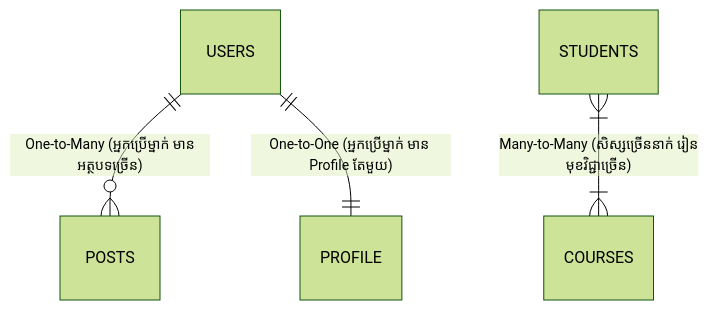
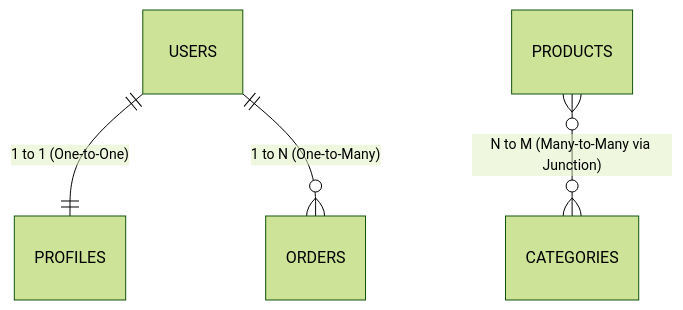
Before and after one commit to Ari-ICU/full-stack-short-coures: the first of 2 diagrams in src/courses/backend/module-3-postgresql/03-relationships.mdx, drawn with Mermaid (forest theme). The commit also changed other lines of this file and 47 other files, not shown here.

Commit message:
refactor: rename backend-architecture directory to backend and update path references across all course modules

````diff
--- a/src/courses/backend/module-3-postgresql/03-relationships.mdx
+++ b/src/courses/backend/module-3-postgresql/03-relationships.mdx
@@ -14,6 +24,6 @@
 ```mermaid
 erDiagram
-    USERS ||--o{ POSTS : "One-to-Many (អ្នកប្រើម្នាក់ មានអត្ថបទច្រើន)"
-    USERS ||--|| PROFILE : "One-to-One (អ្នកប្រើម្នាក់ មាន Profile តែមួយ)"
-    STUDENTS }|--|{ COURSES : "Many-to-Many (សិស្សច្រើននាក់ រៀនមុខវិជ្ជាច្រើន)"
+    USERS ||--|| PROFILES : "1 to 1 (One-to-One)"
+    USERS ||--o{ ORDERS : "1 to N (One-to-Many)"
+    PRODUCTS }o--o{ CATEGORIES : "N to M (Many-to-Many via Junction)"
 ```
````
